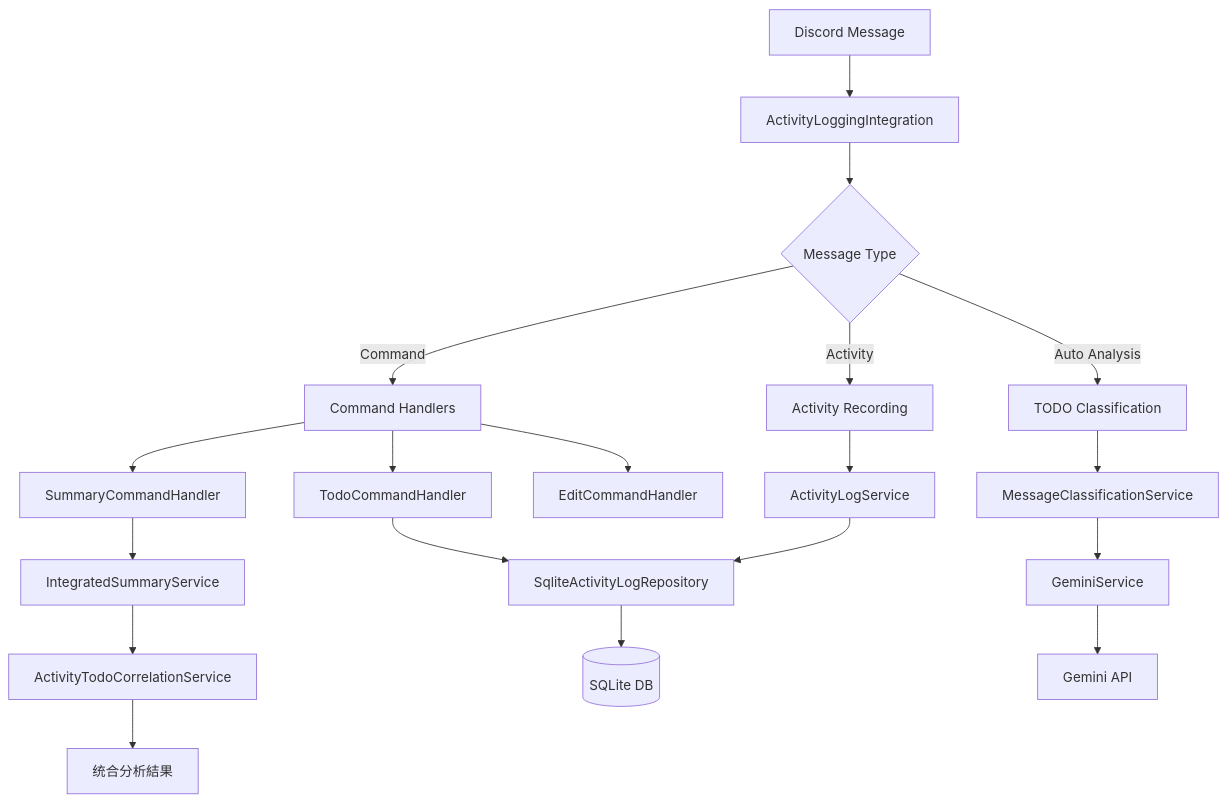
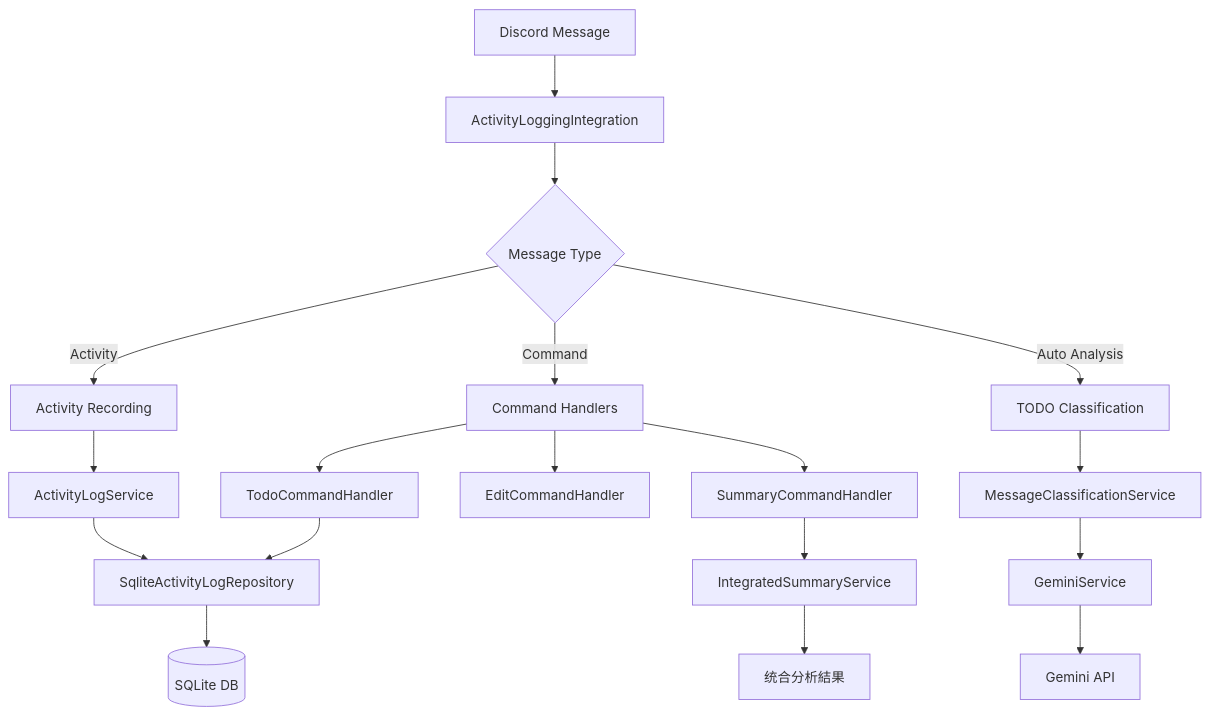
The diagram in README.md (senjoysk/TimeLogger), drawn with Mermaid before and after one commit. The commit also changed 14 other files, not shown here.

````diff
--- a/README.md
+++ b/README.md
@@ -616,27 +616,26 @@
 ```mermaid
 graph TD
     A[Discord Message] --> B[ActivityLoggingIntegration]
     B --> C{Message Type}
     
     C -->|Command| D[Command Handlers]
     C -->|Activity| E[Activity Recording]
     C -->|Auto Analysis| F[TODO Classification]
     
     D --> G[TodoCommandHandler]
     D --> H[SummaryCommandHandler] 
     D --> I[EditCommandHandler]
     
     E --> J[ActivityLogService]
     F --> K[MessageClassificationService]
     
     J --> L[SqliteActivityLogRepository]
     K --> M[GeminiService]
     H --> N[IntegratedSummaryService]
     G --> L
     
-    N --> O[ActivityTodoCorrelationService]
-    O --> P[统合分析結果]
+    N --> P[统合分析結果]
     
     L --> Q[(SQLite DB)]
     M --> R[Gemini API]
 ```
````
